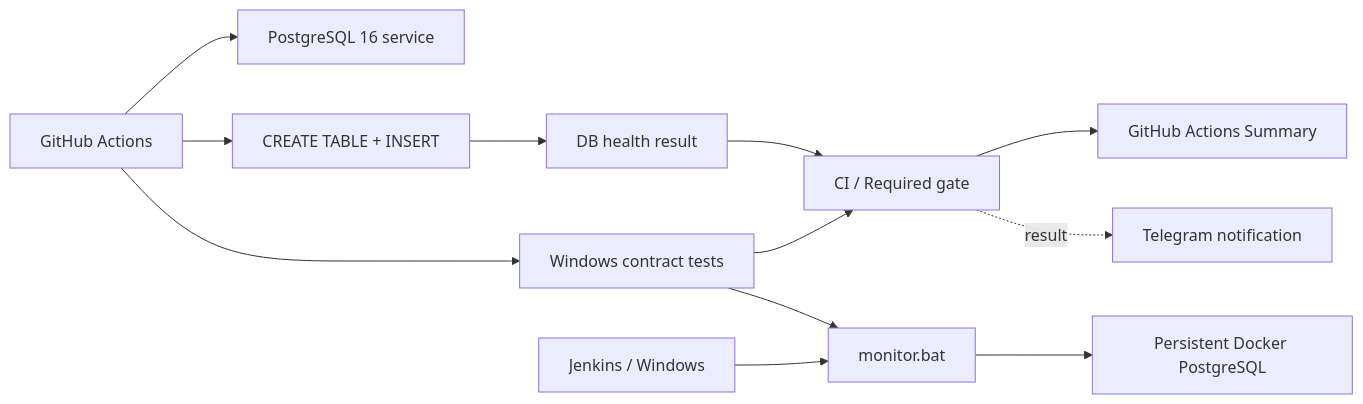
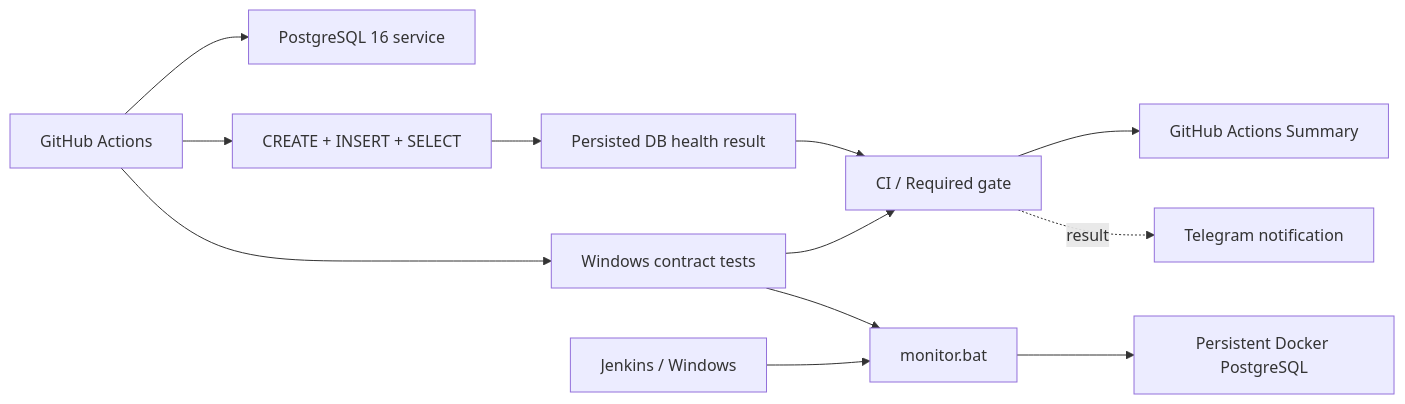
Before and after one commit to TokhirjonYuldoshev/qa-docker-monitor: the diagram in README.md, drawn with Mermaid. The commit also changed other lines of this file, not shown here.

Commit message:
docs: document persisted PostgreSQL health contract

````diff
--- a/README.md
+++ b/README.md
@@ -23,16 +25,16 @@
 ```mermaid
 flowchart LR
     GH[GitHub Actions] --> PG1[PostgreSQL 16 service]
-    GH --> SQL1[CREATE TABLE + INSERT]
-    SQL1 --> R[DB health result]
+    GH --> SQL1[CREATE + INSERT + SELECT]
+    SQL1 --> R[Persisted DB health result]
 
     GH --> WT[Windows contract tests]
     WT --> BAT[monitor.bat]
     J[Jenkins / Windows] --> BAT
     BAT --> PG2[Persistent Docker PostgreSQL]
 
     R --> G[CI / Required gate]
     WT --> G
     G --> S[GitHub Actions Summary]
     G -. result .-> TG[Telegram notification]
 ```
````
